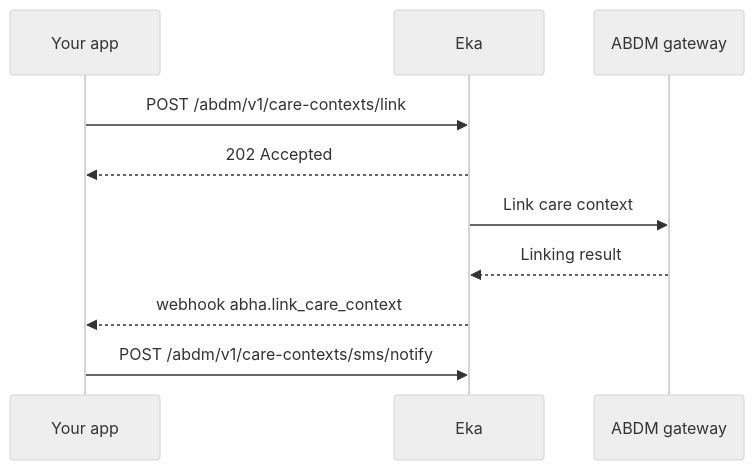
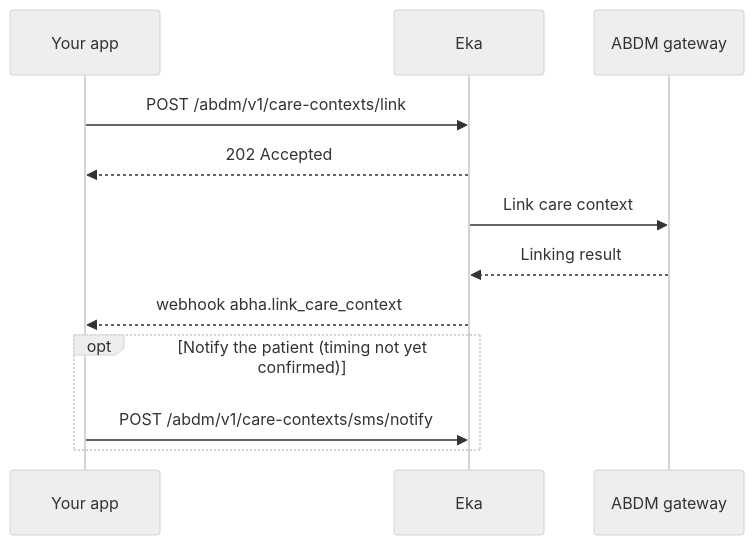
One commit to eka-care/eka-docs changed the diagram in api-reference/user-app/abdm-connect/workflows/link-care-context-hip.mdx. Above: the diagram before and after it, drawn with Mermaid (neutral theme). The commit also changed other lines of this file and 36 other files, not shown here.

````diff
--- a/api-reference/user-app/abdm-connect/workflows/link-care-context-hip.mdx
+++ b/api-reference/user-app/abdm-connect/workflows/link-care-context-hip.mdx
@@ -33,12 +33,14 @@
 ```mermaid
 sequenceDiagram
   participant App as Your app
   participant Eka
   participant ABDM as ABDM gateway
   App->>Eka: POST /abdm/v1/care-contexts/link
   Eka-->>App: 202 Accepted
   Eka->>ABDM: Link care context
   ABDM-->>Eka: Linking result
   Eka-->>App: webhook abha.link_care_context
-  App->>Eka: POST /abdm/v1/care-contexts/sms/notify
+  opt Notify the patient (timing not yet confirmed)
+    App->>Eka: POST /abdm/v1/care-contexts/sms/notify
+  end
 ```
````
